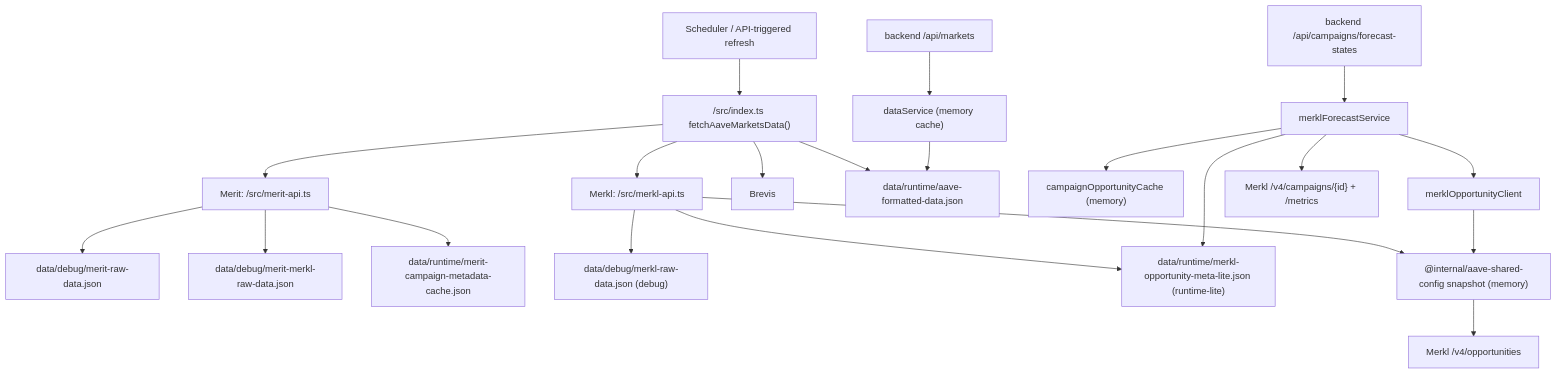
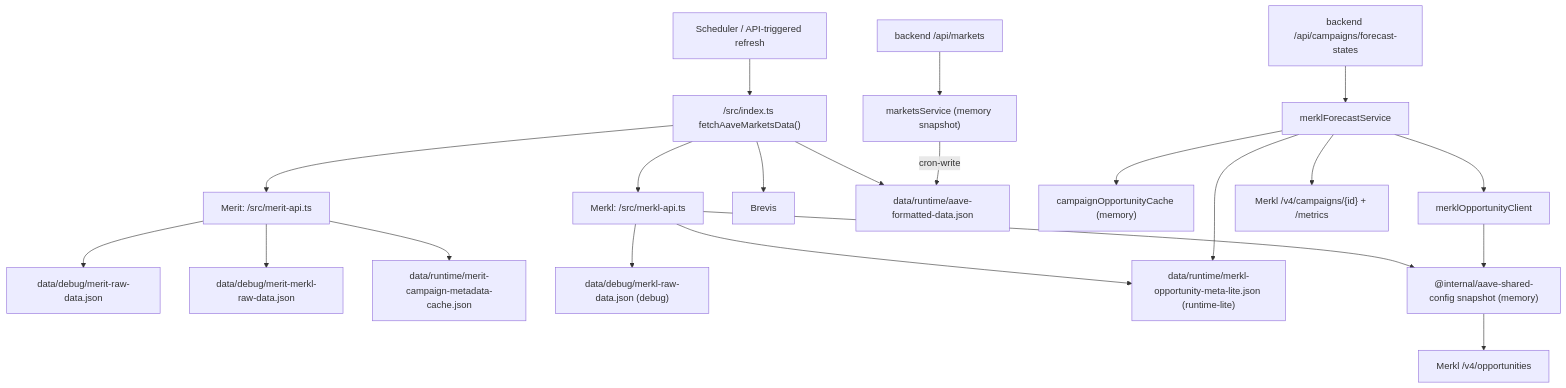
One commit to 0xPabloLI/aave-protocol-analysis changed the fourth of 5 diagrams in docs/merkl-merit-cache-architecture.md. Above: the diagram before and after it, drawn with Mermaid. The commit also changed other lines of this file and 8 other files, not shown here.

First line of the commit message:
chore: remove legacy dataService.ts and cleanup unused code

````diff
--- a/docs/merkl-merit-cache-architecture.md
+++ b/docs/merkl-merit-cache-architecture.md
@@ -91,23 +91,23 @@
 ```mermaid
 flowchart TD
   A["Scheduler / API-triggered refresh"] --> B["/src/index.ts fetchAaveMarketsData()"]
   B --> C["Merit: /src/merit-api.ts"]
   B --> D["Merkl: /src/merkl-api.ts"]
   B --> E["Brevis"]
   C --> F["data/debug/merit-raw-data.json"]
   C --> G["data/debug/merit-merkl-raw-data.json"]
   C --> H["data/runtime/merit-campaign-metadata-cache.json"]
   D --> I["data/debug/merkl-raw-data.json (debug)"]
   D --> J["data/runtime/merkl-opportunity-meta-lite.json (runtime-lite)"]
   D --> R["@internal/aave-shared-config snapshot (memory)"]
   B --> K["data/runtime/aave-formatted-data.json"]
-  L["backend /api/markets"] --> M["dataService (memory cache)"]
-  M --> K
+  L["backend /api/markets"] --> M["marketsService (memory snapshot)"]
+  M -- "cron-write" --> K
   N["backend /api/campaigns/forecast-states"] --> O["merklForecastService"]
   O --> P["campaignOpportunityCache (memory)"]
   O --> J
   O --> Q["merklOpportunityClient"]
   Q --> R["@internal/aave-shared-config snapshot (memory)"]
   R --> S["Merkl /v4/opportunities"]
   O --> T["Merkl /v4/campaigns/{id} + /metrics"]
 ```
````
